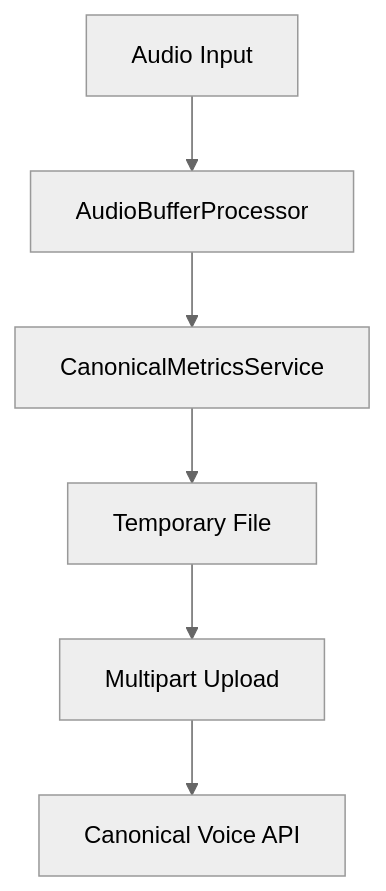
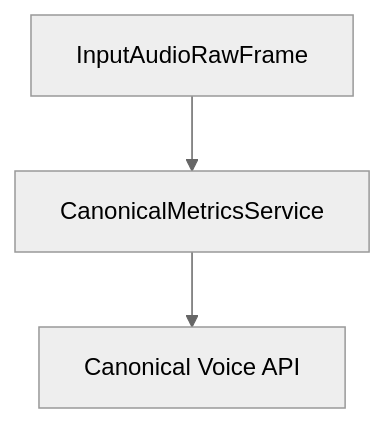
One commit to pipecat-ai/docs changed the diagram in api-reference/services/analytics/canonical.mdx. Above: the diagram before and after it, drawn with Mermaid (neutral theme). The commit also changed 25 other files, not shown here.

Commit message:
Clean up Frame Flow diagrams

````diff
--- a/api-reference/services/analytics/canonical.mdx
+++ b/api-reference/services/analytics/canonical.mdx
@@ -135,8 +135,5 @@
 ```mermaid
 graph TD
-    A[Audio Input] --> B[AudioBufferProcessor]
-    B --> C[CanonicalMetricsService]
-    C --> D[Temporary File]
-    D --> E[Multipart Upload]
-    E --> F[Canonical Voice API]
+    A[InputAudioRawFrame] --> B[CanonicalMetricsService]
+    B --> C[Canonical Voice API]
 ```
````
